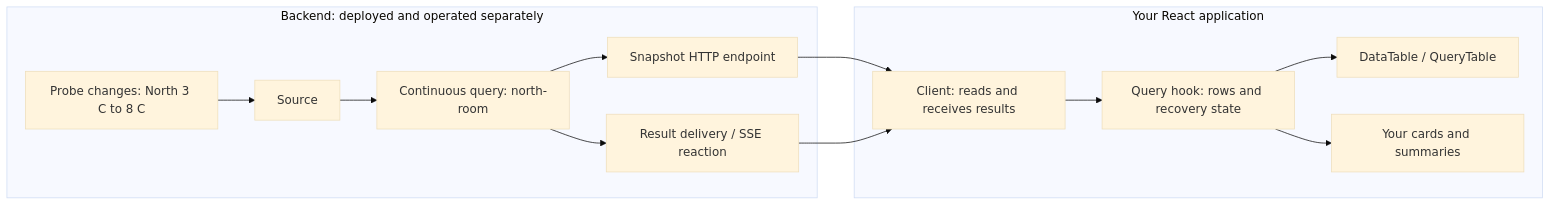
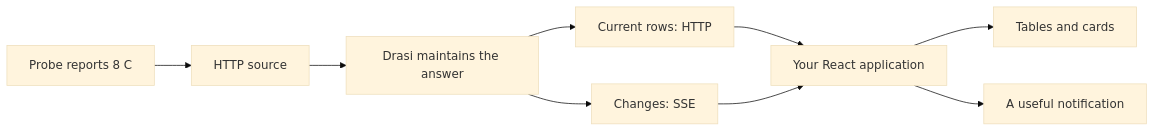
The first of 3 diagrams in packages/react/docs/developer-guide/README.md (drasi-project/drasi-ui), drawn with Mermaid (base theme) before and after one commit. The commit also changed other lines of this file and 89 other files, not shown here.

````diff
--- a/packages/react/docs/developer-guide/README.md
+++ b/packages/react/docs/developer-guide/README.md
@@ -37,16 +13,11 @@
 ```mermaid
 flowchart LR
-    subgraph Backend["Backend: deployed and operated separately"]
-        Probe["Probe changes: North 3 C to 8 C"] --> Source["Source"]
-        Source --> Query["Continuous query: north-room"]
-        Query --> Snapshot["Snapshot HTTP endpoint"]
-        Query --> Delivery["Result delivery / SSE reaction"]
-    end
-    subgraph Browser["Your React application"]
-        Snapshot --> Client["Client: reads and receives results"]
-        Delivery --> Client
-        Client --> Hook["Query hook: rows and recovery state"]
-        Hook --> Table["DataTable / QueryTable"]
-        Hook --> Cards["Your cards and summaries"]
-    end
+    Probe["Probe reports 8 C"] --> Source["HTTP source"]
+    Source --> Query["Drasi maintains the answer"]
+    Query --> Snapshot["Current rows: HTTP"]
+    Query --> Stream["Changes: SSE"]
+    Snapshot --> App["Your React application"]
+    Stream --> App
+    App --> Table["Tables and cards"]
+    App --> Toast["A useful notification"]
 ```
````
